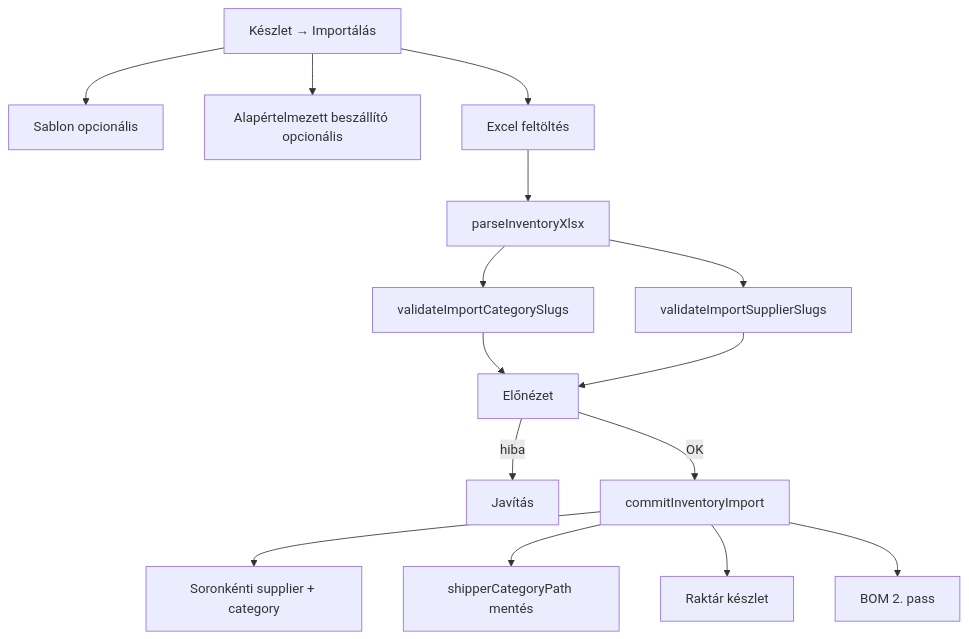
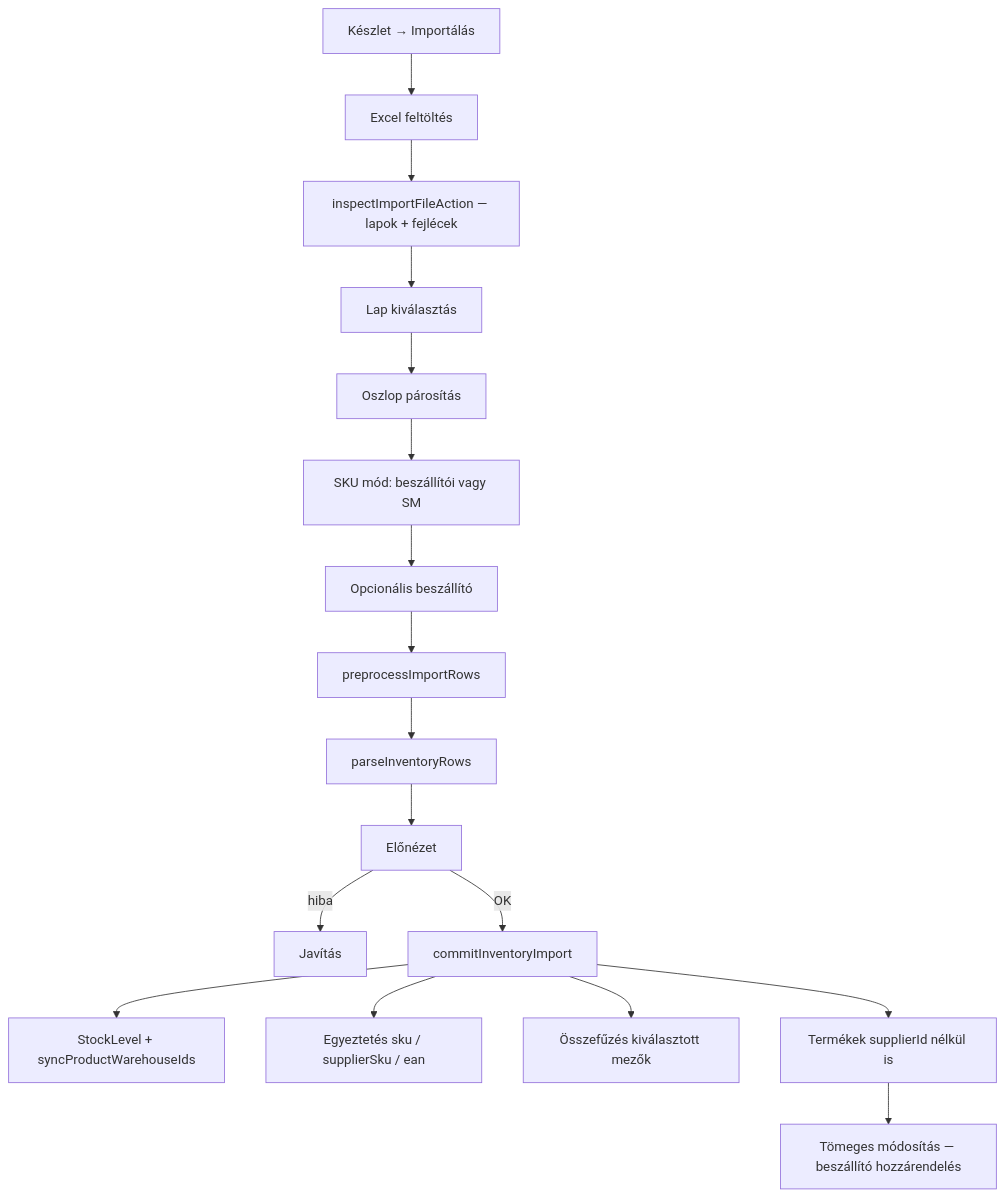
Before and after one commit to Tomkoooo/tCrm: the second of 12 diagrams in docs/inventory_and_logistics_flows.md, drawn with Mermaid. The commit also changed other lines of this file and 82 other files, not shown here.

First line of the commit message:
feat(inventory): import wizard, stock-driven warehouses, and product relations

````diff
--- a/docs/inventory_and_logistics_flows.md
+++ b/docs/inventory_and_logistics_flows.md
@@ -112,17 +116,19 @@
 ```mermaid
 flowchart TD
-  start[Készlet → Importálás] --> template[Sablon opcionális]
-  start --> defaultSup[Alapértelmezett beszállító opcionális]
-  start --> upload[Excel feltöltés]
-  upload --> parse[parseInventoryXlsx]
-  parse --> valCat[validateImportCategorySlugs]
-  parse --> valSup[validateImportSupplierSlugs]
-  valCat --> preview[Előnézet]
-  valSup --> preview
+  start[Készlet → Importálás] --> upload[Excel feltöltés]
+  upload --> inspect[inspectImportFileAction — lapok + fejlécek]
+  inspect --> sheet[Lap kiválasztás]
+  sheet --> map[Oszlop párosítás]
+  map --> skuMode[SKU mód: beszállítói vagy SM]
+  skuMode --> defaults[Opcionális beszállító]
+  defaults --> preprocess[preprocessImportRows]
+  preprocess --> parse[parseInventoryRows]
+  parse --> preview[Előnézet]
   preview -->|hiba| fix[Javítás]
   preview -->|OK| commit[commitInventoryImport]
-  commit --> rowSup[Soronkénti supplier + category]
-  commit --> shipper[shipperCategoryPath mentés]
-  commit --> stock[Raktár készlet]
-  commit --> bom[BOM 2. pass]
+  commit --> stock[StockLevel + syncProductWarehouseIds]
+  commit --> match[Egyeztetés sku / supplierSku / ean]
+  commit --> merge[Összefűzés kiválasztott mezők]
+  commit --> products[Termékek supplierId nélkül is]
+  products --> bulk[Tömeges módosítás — beszállító hozzárendelés]
 ```
````
